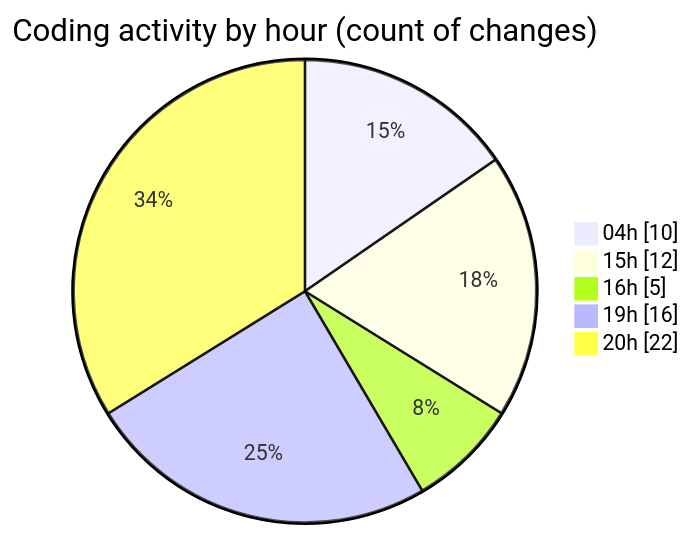
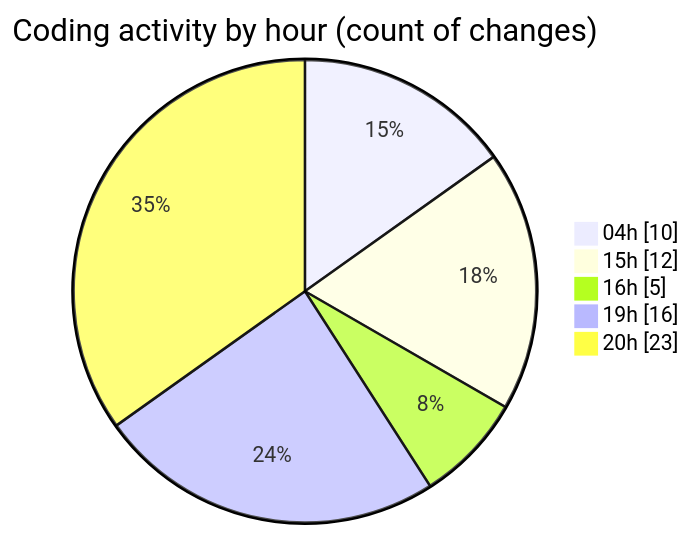
The second of 2 diagrams in 2025-03-17/sharpmasm/README.md (charlie-sans/code-tracking), drawn with Mermaid before and after one commit. The commit also changed other lines of this file and 1 other file, not shown here.

````diff
--- a/2025-03-17/sharpmasm/README.md
+++ b/2025-03-17/sharpmasm/README.md
@@ -37,9 +37,9 @@
 ```mermaid
 pie showData
 title Coding activity by hour (count of changes)
 "04h" : 10
 "15h" : 12
 "16h" : 5
 "19h" : 16
-"20h" : 22
+"20h" : 23
 ```
````
